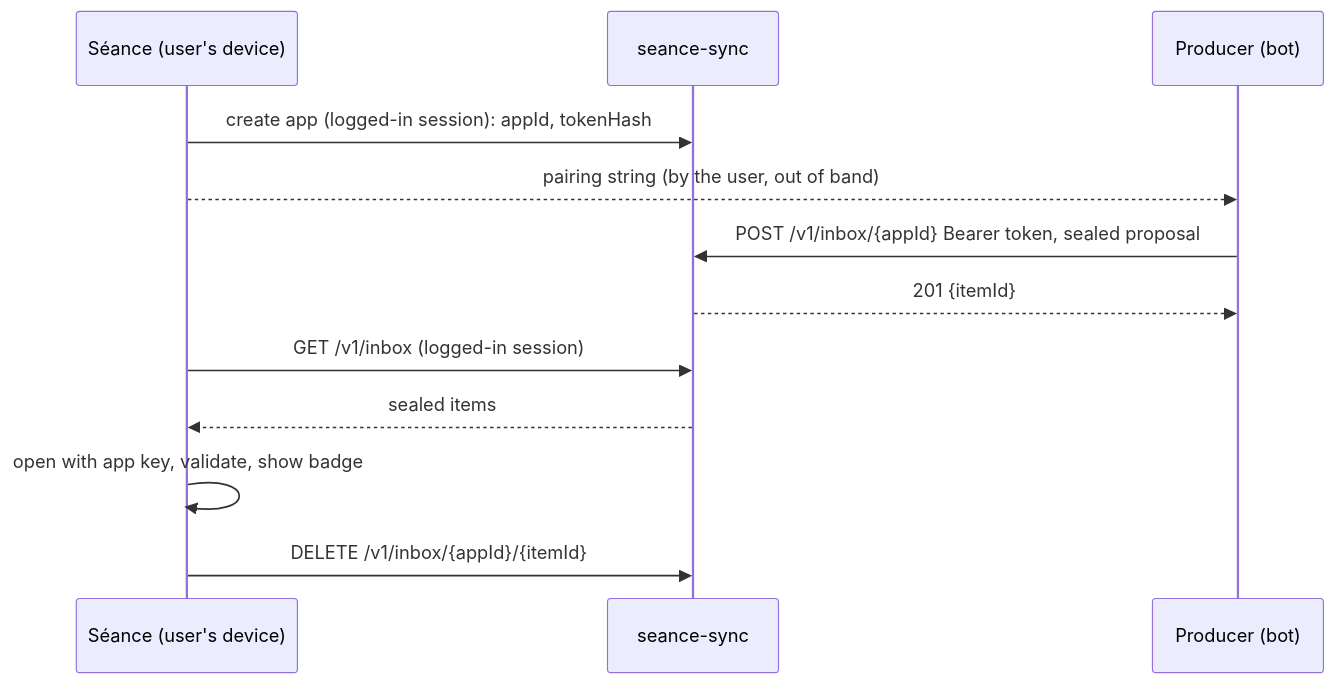
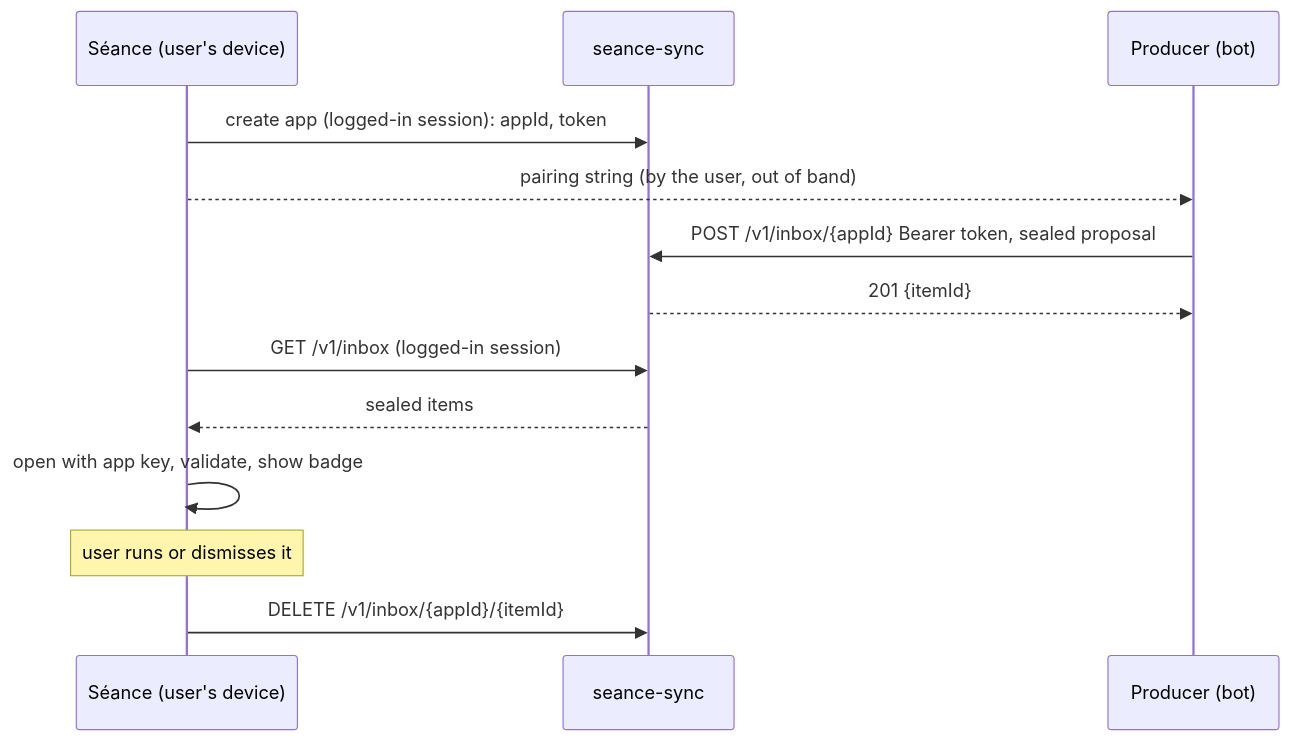
One commit to L-K-M/Hauntware changed the diagram in docs/INBOX.md. Above: the diagram before and after it, drawn with Mermaid. The commit also changed other lines of this file, not shown here.

````diff
--- a/docs/INBOX.md
+++ b/docs/INBOX.md
@@ -39,14 +39,15 @@
 ```mermaid
 sequenceDiagram
     participant S as Séance (user's device)
     participant Srv as seance-sync
     participant B as Producer (bot)
-    S->>Srv: create app (logged-in session): appId, tokenHash
+    S->>Srv: create app (logged-in session): appId, token
     S-->>B: pairing string (by the user, out of band)
     B->>Srv: POST /v1/inbox/{appId} Bearer token, sealed proposal
     Srv-->>B: 201 {itemId}
     S->>Srv: GET /v1/inbox (logged-in session)
     Srv-->>S: sealed items
     S->>S: open with app key, validate, show badge
+    Note over S: user runs or dismisses it
     S->>Srv: DELETE /v1/inbox/{appId}/{itemId}
 ```
````
